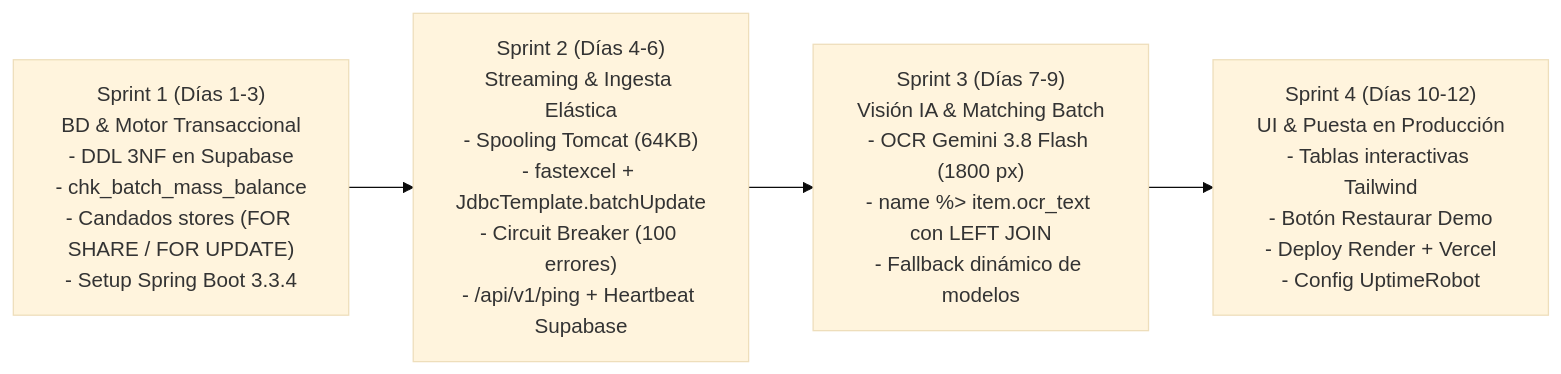
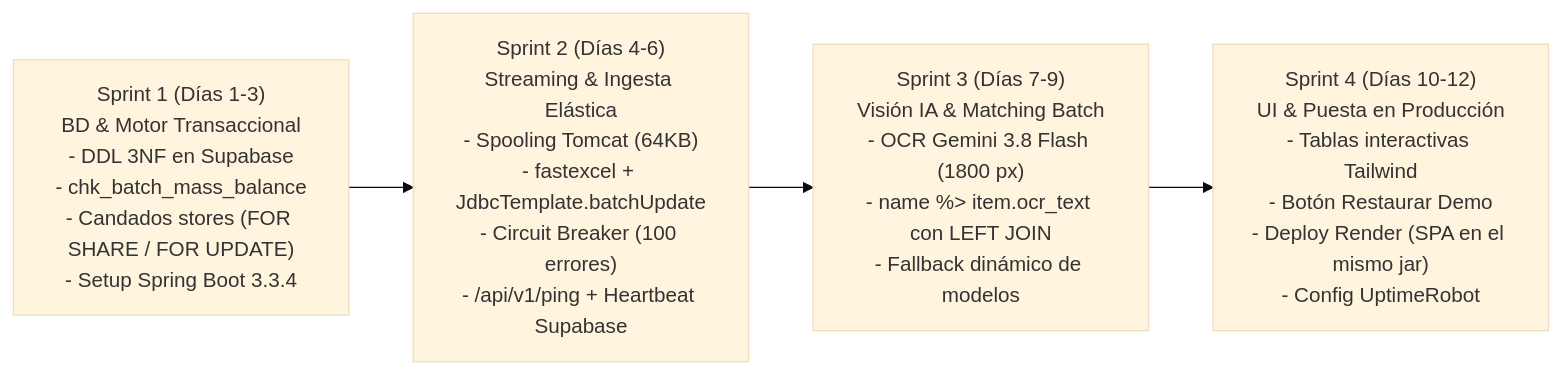
The second of 2 diagrams in docs/ARCHITECTURE_SPEC.md (MrOdar/kardo), drawn with Mermaid (base theme) before and after one commit. The commit also changed other lines of this file and 2 other files, not shown here.

````diff
--- a/docs/ARCHITECTURE_SPEC.md
+++ b/docs/ARCHITECTURE_SPEC.md
@@ -168,7 +206,7 @@
 ```mermaid
 flowchart LR
     Sprint1["Sprint 1 (Días 1-3)\nBD & Motor Transaccional\n- DDL 3NF en Supabase\n- chk_batch_mass_balance\n- Candados stores (FOR SHARE / FOR UPDATE)\n- Setup Spring Boot 3.3.4"] 
     --> Sprint2["Sprint 2 (Días 4-6)\nStreaming & Ingesta Elástica\n- Spooling Tomcat (64KB)\n- fastexcel + JdbcTemplate.batchUpdate\n- Circuit Breaker (100 errores)\n- /api/v1/ping + Heartbeat Supabase"]
     --> Sprint3["Sprint 3 (Días 7-9)\nVisión IA & Matching Batch\n- OCR Gemini 3.8 Flash (1800 px)\n- name %> item.ocr_text con LEFT JOIN\n- Fallback dinámico de modelos"]
-    --> Sprint4["Sprint 4 (Días 10-12)\nUI & Puesta en Producción\n- Tablas interactivas Tailwind\n- Botón Restaurar Demo\n- Deploy Render + Vercel\n- Config UptimeRobot"]
+    --> Sprint4["Sprint 4 (Días 10-12)\nUI & Puesta en Producción\n- Tablas interactivas Tailwind\n- Botón Restaurar Demo\n- Deploy Render (SPA en el mismo jar)\n- Config UptimeRobot"]
 ```
````
